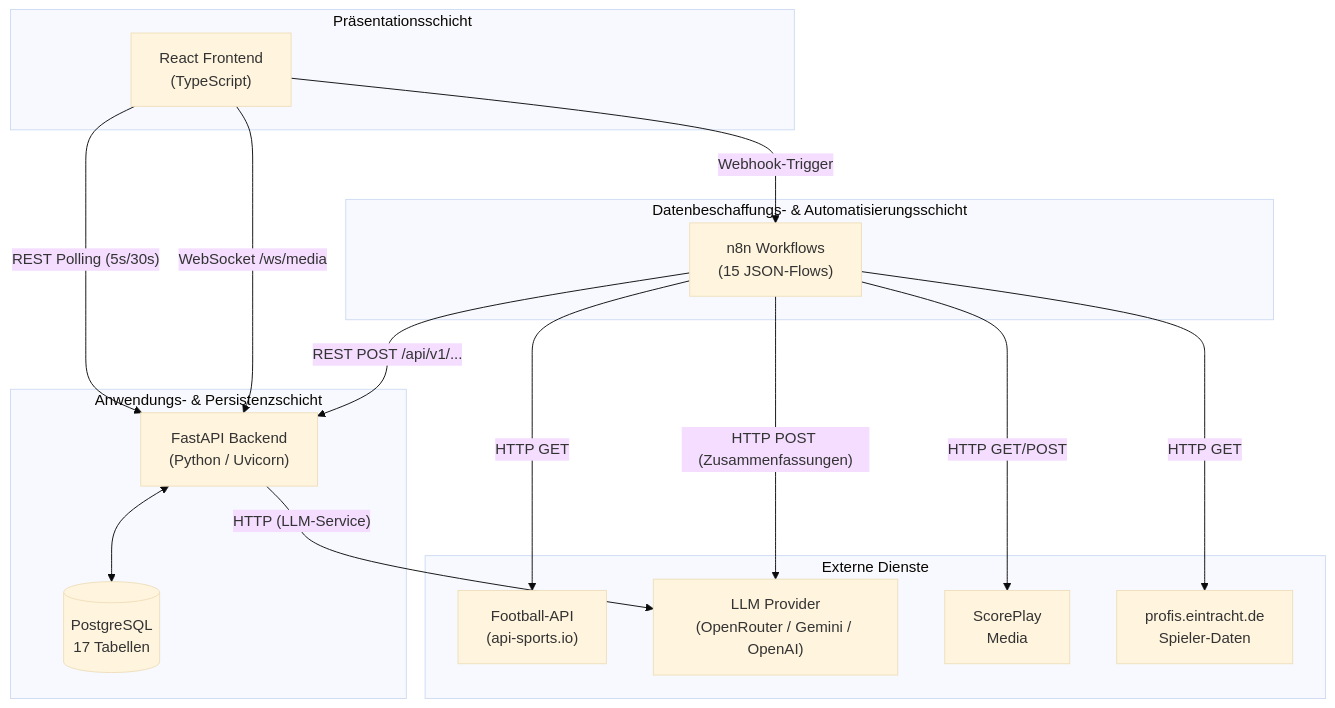
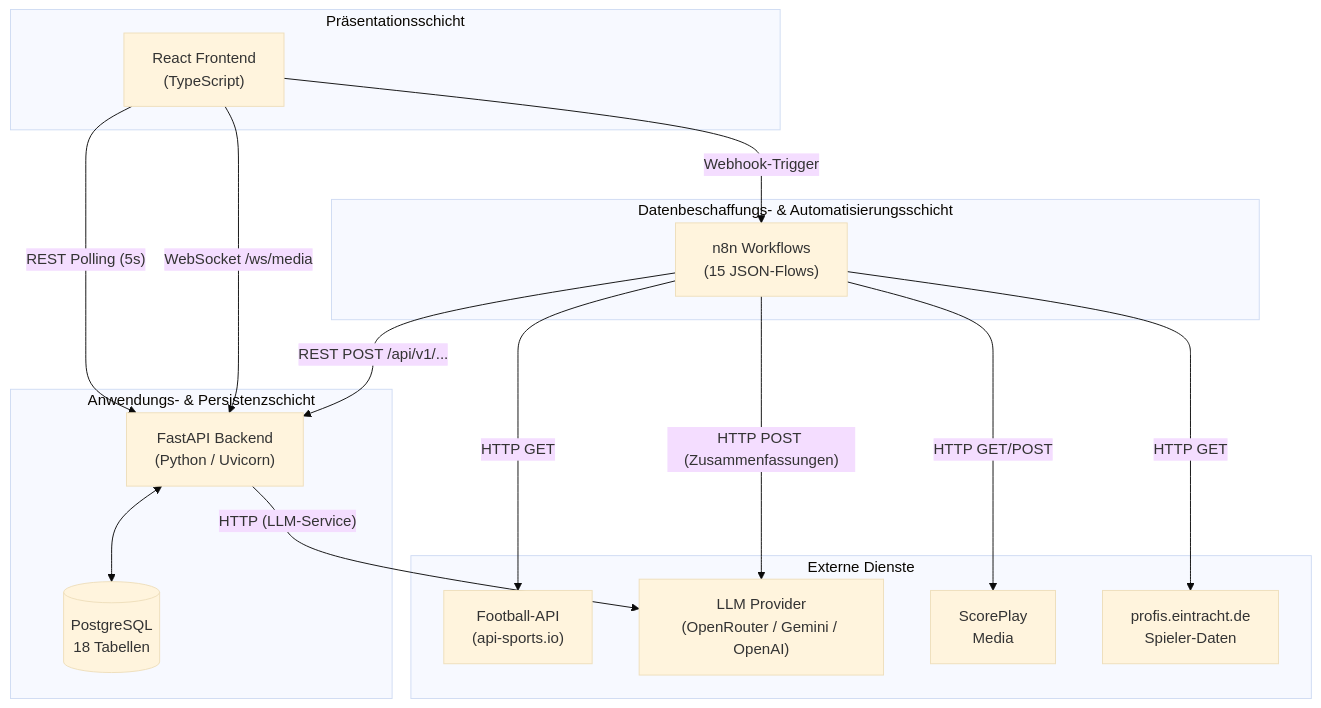
One commit to JonasKimmer/liveticker-eintracht changed the first of 8 diagrams in docs/kapitel4_systemkonzeption.md. Above: the diagram before and after it, drawn with Mermaid (base theme). The commit also changed other lines of this file and 14 other files, not shown here.

````diff
--- a/docs/kapitel4_systemkonzeption.md
+++ b/docs/kapitel4_systemkonzeption.md
@@ -17,35 +17,35 @@
 ```mermaid
 graph TD
     subgraph Präsentation["Präsentationsschicht"]
         FE["React Frontend\n(TypeScript)"]
     end
 
     subgraph Anwendung["Anwendungs- & Persistenzschicht"]
         BE["FastAPI Backend\n(Python / Uvicorn)"]
-        DB[(PostgreSQL\n17 Tabellen)]
+        DB[(PostgreSQL\n18 Tabellen)]
         BE <--> DB
     end
 
     subgraph Orchestrierung["Datenbeschaffungs- & Automatisierungsschicht"]
         N8N["n8n Workflows\n(15 JSON-Flows)"]
     end
 
     subgraph Extern["Externe Dienste"]
         FAPI["Football-API\n(api-sports.io)"]
         LLM["LLM Provider\n(OpenRouter / Gemini / OpenAI)"]
         SP["ScorePlay\nMedia"]
         EF["profis.eintracht.de\nSpieler-Daten"]
     end
 
-    FE -- "REST Polling (5s/30s)" --> BE
+    FE -- "REST Polling (5s)" --> BE
     FE -- "WebSocket /ws/media" --> BE
     FE -- "Webhook-Trigger" --> N8N
 
     N8N -- "REST POST /api/v1/..." --> BE
     N8N -- "HTTP GET" --> FAPI
     N8N -- "HTTP GET/POST" --> SP
     N8N -- "HTTP GET" --> EF
     N8N -- "HTTP POST (Zusammenfassungen)" --> LLM
 
     BE -- "HTTP (LLM-Service)" --> LLM
 ```
````
